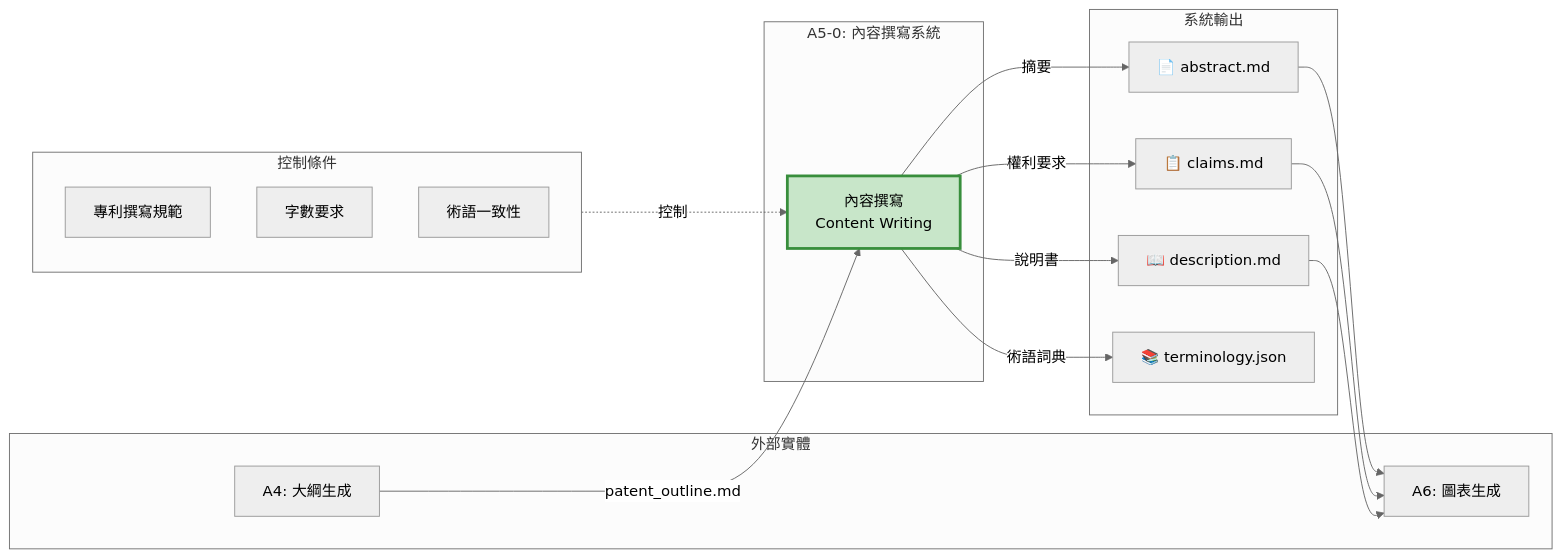
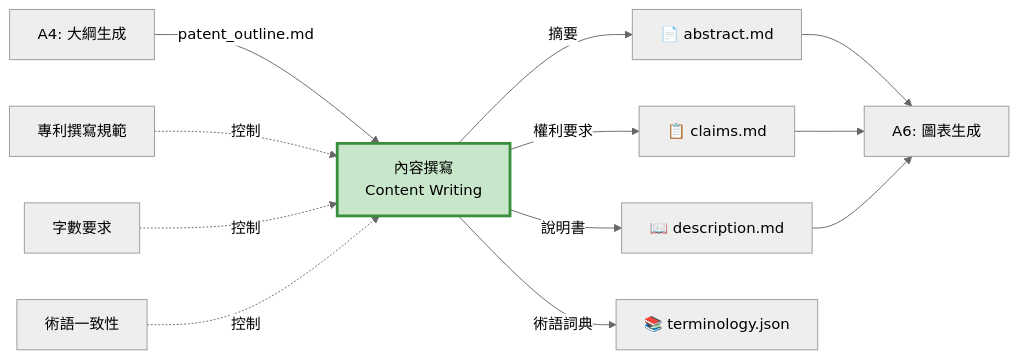
One commit to Raw1mage/PatentDrafter changed the first of 2 diagrams in docs/A5_Content_Writing_IDEF0.md. Above: the diagram before and after it, drawn with Mermaid (neutral theme). The commit also changed other lines of this file and 13 other files, not shown here.

First line of the commit message:
修復所有 Mermaid 圖表語法問題

````diff
--- a/docs/A5_Content_Writing_IDEF0.md
+++ b/docs/A5_Content_Writing_IDEF0.md
@@ -28,38 +28,29 @@
 ```mermaid
-graph LR
-    subgraph External["外部實體"]
-        A4["A4: 大綱生成"]
-        A6["A6: 圖表生成"]
-    end
-
-    subgraph A5_System["A5-0: 內容撰寫系統"]
-        A5["內容撰寫<br/>Content Writing"]
-    end
-
-    subgraph Controls["控制條件"]
-        PatentRules["專利撰寫規範"]
-        WordCount["字數要求"]
-        Terminology["術語一致性"]
-    end
-
-    subgraph Outputs["系統輸出"]
-        Abstract["📄 abstract.md"]
-        Claims["📋 claims.md"]
-        Description["📖 description.md"]
-        Terms["📚 terminology.json"]
-    end
+flowchart LR
+    A4["A4: 大綱生成"]
+    A6["A6: 圖表生成"]
+    A5["內容撰寫<br/>Content Writing"]
+    PatentRules["專利撰寫規範"]
+    WordCount["字數要求"]
+    Terminology["術語一致性"]
+    Abstract["📄 abstract.md"]
+    Claims["📋 claims.md"]
+    Description["📖 description.md"]
+    Terms["📚 terminology.json"]
 
     A4 -->|patent_outline.md| A5
-    Controls -.控制.-> A5
+    PatentRules -.控制.-> A5
+    WordCount -.控制.-> A5
+    Terminology -.控制.-> A5
 
     A5 -->|摘要| Abstract
     A5 -->|權利要求| Claims
     A5 -->|說明書| Description
     A5 -->|術語詞典| Terms
 
     Abstract --> A6
     Claims --> A6
     Description --> A6
 
     style A5 fill:#C8E6C9,stroke:#388E3C,stroke-width:3px
 ```
````
